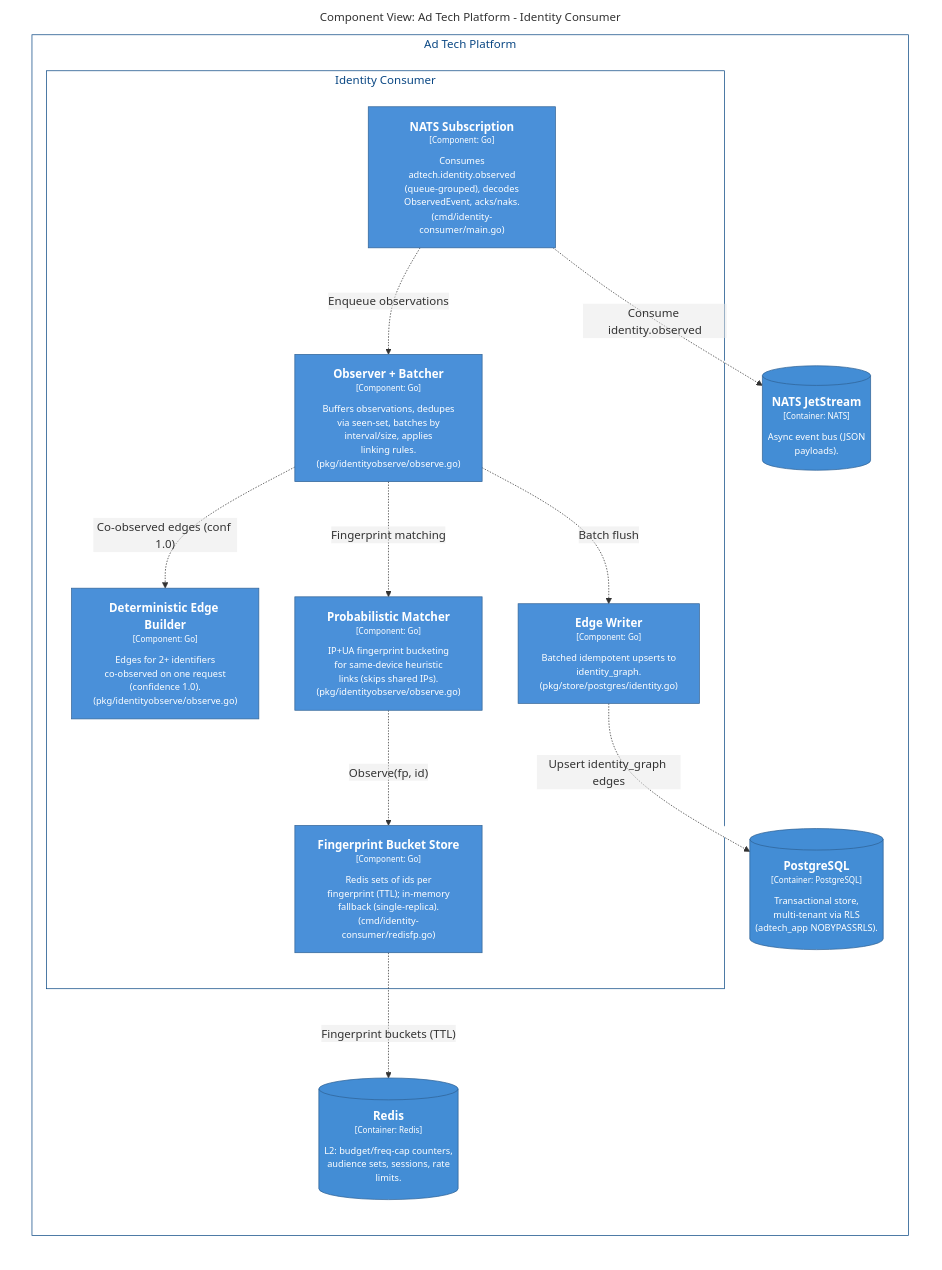
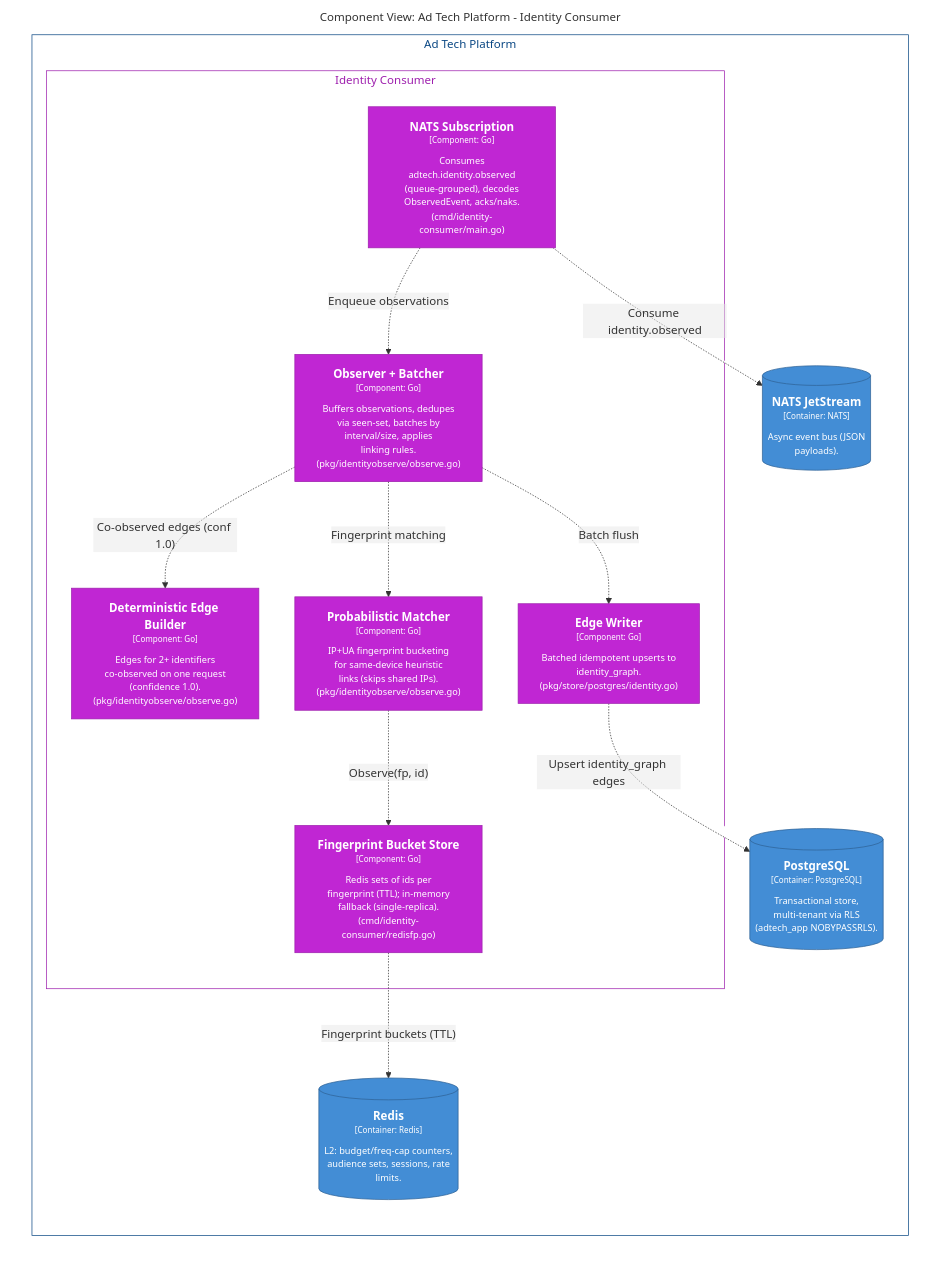
Before and after one commit to MichaelJohnWatters/ad-tech-mono: the diagram in web/static/diagrams/structurizr-IdentityConsumer-Components.md, drawn with Mermaid. The commit also changed 19 other files, not shown here.

````diff
--- a/web/static/diagrams/structurizr-IdentityConsumer-Components.md
+++ b/web/static/diagrams/structurizr-IdentityConsumer-Components.md
@@ -1,46 +1,46 @@
 ```mermaid
 graph LR
   linkStyle default fill:#ffffff
 
   subgraph diagram ["Component View: Ad Tech Platform - Identity Consumer"]
     style diagram fill:#ffffff,stroke:#ffffff
 
     subgraph 9 ["Ad Tech Platform"]
       style 9 fill:#ffffff,stroke:#0b4884,color:#0b4884
 
       subgraph 100 ["Identity Consumer"]
-        style 100 fill:#ffffff,stroke:#0b4884,color:#0b4884
+        style 100 fill:#ffffff,stroke:#9e20ae,color:#9e20ae
 
         101["<div style='font-weight: bold'>NATS Subscription</div><div style='font-size: 70%; margin-top: 0px'>[Component: Go]</div><div style='font-size: 80%; margin-top:10px'>Consumes<br />adtech.identity.observed<br />(queue-grouped), decodes<br />ObservedEvent, acks/naks.<br />(cmd/identity-consumer/main.go)</div>"]
-        style 101 fill:#4a90d9,stroke:#336497,color:#ffffff
+        style 101 fill:#c026d3,stroke:#9e20ae,color:#ffffff
         102["<div style='font-weight: bold'>Observer + Batcher</div><div style='font-size: 70%; margin-top: 0px'>[Component: Go]</div><div style='font-size: 80%; margin-top:10px'>Buffers observations, dedupes<br />via seen-set, batches by<br />interval/size, applies<br />linking rules.<br />(pkg/identityobserve/observe.go)</div>"]
-        style 102 fill:#4a90d9,stroke:#336497,color:#ffffff
+        style 102 fill:#c026d3,stroke:#9e20ae,color:#ffffff
         103["<div style='font-weight: bold'>Deterministic Edge Builder</div><div style='font-size: 70%; margin-top: 0px'>[Component: Go]</div><div style='font-size: 80%; margin-top:10px'>Edges for 2+ identifiers<br />co-observed on one request<br />(confidence 1.0).<br />(pkg/identityobserve/observe.go)</div>"]
-        style 103 fill:#4a90d9,stroke:#336497,color:#ffffff
+        style 103 fill:#c026d3,stroke:#9e20ae,color:#ffffff
         104["<div style='font-weight: bold'>Probabilistic Matcher</div><div style='font-size: 70%; margin-top: 0px'>[Component: Go]</div><div style='font-size: 80%; margin-top:10px'>IP+UA fingerprint bucketing<br />for same-device heuristic<br />links (skips shared IPs).<br />(pkg/identityobserve/observe.go)</div>"]
-        style 104 fill:#4a90d9,stroke:#336497,color:#ffffff
+        style 104 fill:#c026d3,stroke:#9e20ae,color:#ffffff
         105["<div style='font-weight: bold'>Fingerprint Bucket Store</div><div style='font-size: 70%; margin-top: 0px'>[Component: Go]</div><div style='font-size: 80%; margin-top:10px'>Redis sets of ids per<br />fingerprint (TTL); in-memory<br />fallback (single-replica).<br />(cmd/identity-consumer/redisfp.go)</div>"]
-        style 105 fill:#4a90d9,stroke:#336497,color:#ffffff
+        style 105 fill:#c026d3,stroke:#9e20ae,color:#ffffff
         106["<div style='font-weight: bold'>Edge Writer</div><div style='font-size: 70%; margin-top: 0px'>[Component: Go]</div><div style='font-size: 80%; margin-top:10px'>Batched idempotent upserts to<br />identity_graph.<br />(pkg/store/postgres/identity.go)</div>"]
-        style 106 fill:#4a90d9,stroke:#336497,color:#ffffff
+        style 106 fill:#c026d3,stroke:#9e20ae,color:#ffffff
       end
 
       145[("<div style='font-weight: bold'>PostgreSQL</div><div style='font-size: 70%; margin-top: 0px'>[Container: PostgreSQL]</div><div style='font-size: 80%; margin-top:10px'>Transactional store,<br />multi-tenant via RLS<br />(adtech_app NOBYPASSRLS).</div>")]
       style 145 fill:#438dd5,stroke:#2e6295,color:#ffffff
       146[("<div style='font-weight: bold'>Redis</div><div style='font-size: 70%; margin-top: 0px'>[Container: Redis]</div><div style='font-size: 80%; margin-top:10px'>L2: budget/freq-cap counters,<br />audience sets, sessions, rate<br />limits.</div>")]
       style 146 fill:#438dd5,stroke:#2e6295,color:#ffffff
       148[("<div style='font-weight: bold'>NATS JetStream</div><div style='font-size: 70%; margin-top: 0px'>[Container: NATS]</div><div style='font-size: 80%; margin-top:10px'>Async event bus (JSON<br />payloads).</div>")]
       style 148 fill:#438dd5,stroke:#2e6295,color:#ffffff
     end
 
     101-. "<div>Consume identity.observed</div><div style='font-size: 70%'></div>" .->148
     101-. "<div>Enqueue observations</div><div style='font-size: 70%'></div>" .->102
     102-. "<div>Co-observed edges (conf 1.0)</div><div style='font-size: 70%'></div>" .->103
     102-. "<div>Fingerprint matching</div><div style='font-size: 70%'></div>" .->104
     102-. "<div>Batch flush</div><div style='font-size: 70%'></div>" .->106
     104-. "<div>Observe(fp, id)</div><div style='font-size: 70%'></div>" .->105
     105-. "<div>Fingerprint buckets (TTL)</div><div style='font-size: 70%'></div>" .->146
     106-. "<div>Upsert identity_graph edges</div><div style='font-size: 70%'></div>" .->145
 
   end
 ```
````
